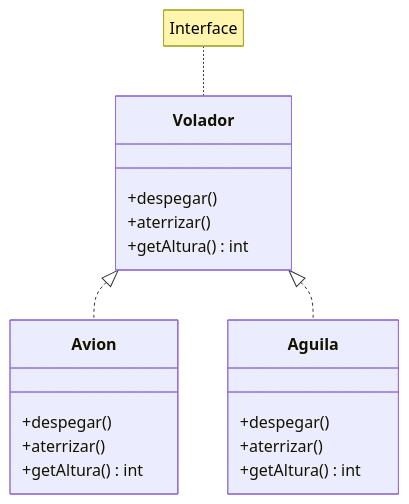
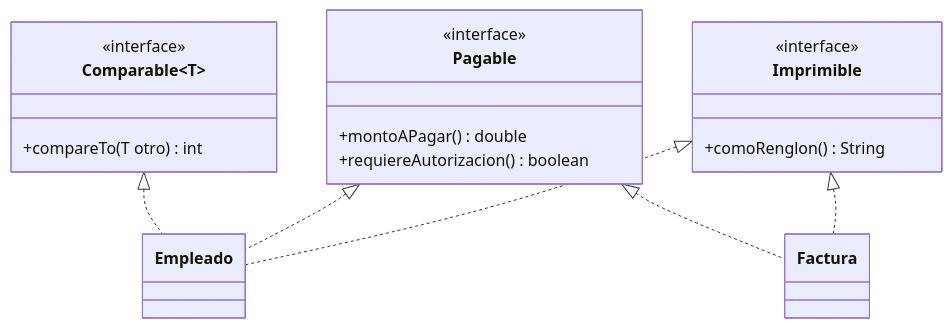
Before and after one commit to djaimej/computer-science-template: the diagram in public/documents/semester-1/3/1355.md, drawn with Mermaid. The commit also changed other lines of this file and 4 other files, not shown here.

````diff
--- a/public/documents/semester-1/3/1355.md
+++ b/public/documents/semester-1/3/1355.md
@@ -81,21 +67,21 @@
 ```mermaid
 classDiagram
-    class Volador {
-        +despegar()
-        +aterrizar()
-        +getAltura() int
-    }
-    class Avion {
-        +despegar()
-        +aterrizar()
-        +getAltura() int
-    }
-    class Aguila {
-        +despegar()
-        +aterrizar()
-        +getAltura() int
-    }
-    note for Volador "Interface"
-    Volador <|.. Avion
-    Volador <|.. Aguila
+  class Imprimible {
+    <<interface>>
+    +comoRenglon() String
+  }
+  class Pagable {
+    <<interface>>
+    +montoAPagar() double
+    +requiereAutorizacion() boolean
+  }
+  class Comparable~T~ {
+    <<interface>>
+    +compareTo(T otro) int
+  }
+  Imprimible <|.. Empleado
+  Pagable <|.. Empleado
+  Comparable <|.. Empleado
+  Imprimible <|.. Factura
+  Pagable <|.. Factura
 ```
````
